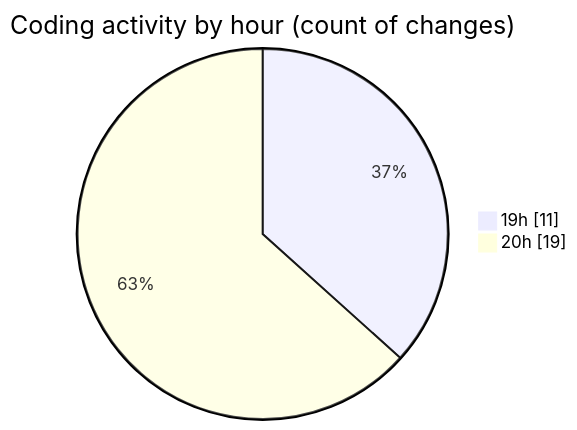
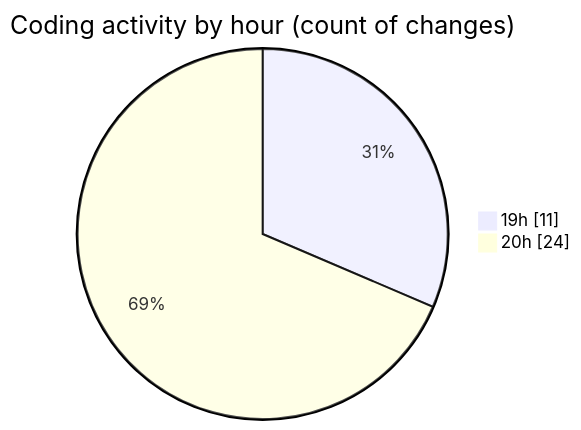
One commit to Netris89/code-tracking changed the second of 2 diagrams in 2025-04-03/back-end/README.md. Above: the diagram before and after it, drawn with Mermaid. The commit also changed other lines of this file and 1 other file, not shown here.

````diff
--- a/2025-04-03/back-end/README.md
+++ b/2025-04-03/back-end/README.md
@@ -30,6 +30,6 @@
 ```mermaid
 pie showData
 title Coding activity by hour (count of changes)
 "19h" : 11
-"20h" : 19
+"20h" : 24
 ```
````
